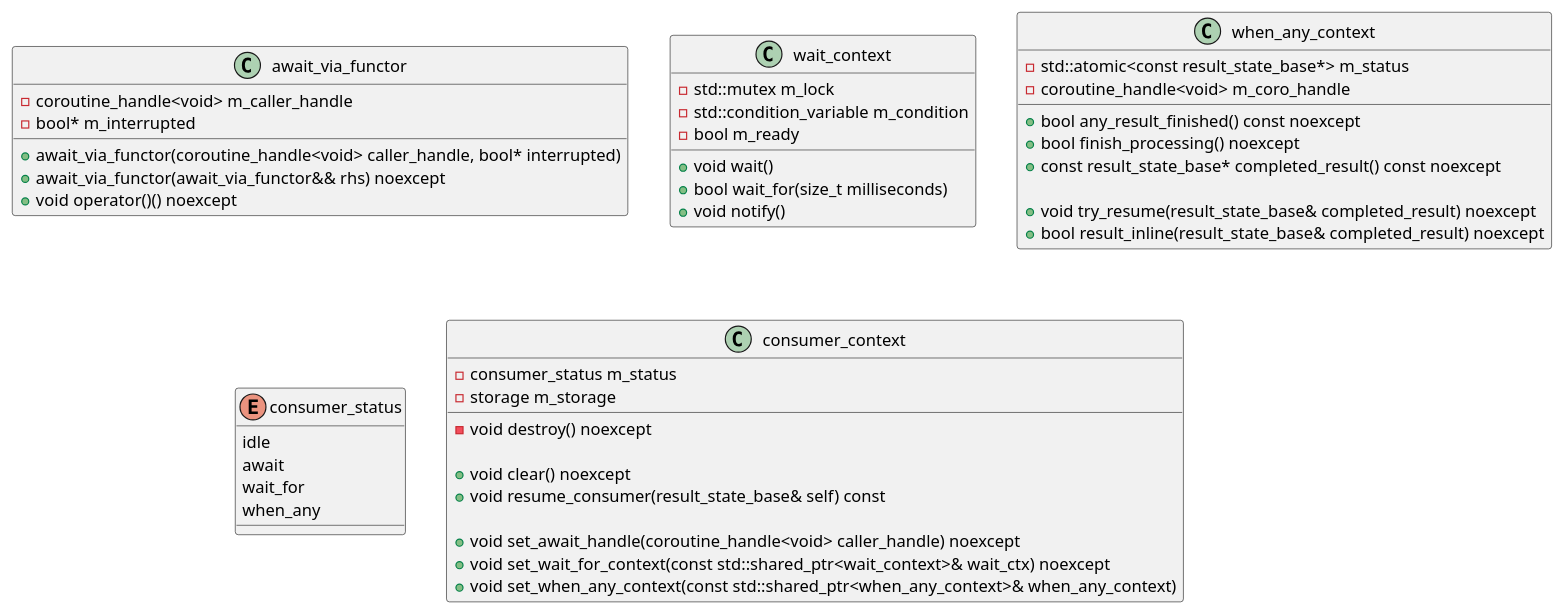
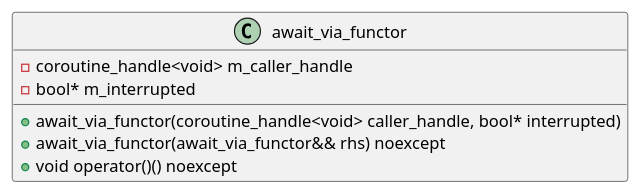
One commit to sgkind/firefly changed the tenth of 16 diagrams in concurrencpp.md. Above: the diagram before and after it, drawn with PlantUML.

Commit message:
update concurrencpp

````diff
--- a/concurrencpp.md
+++ b/concurrencpp.md
@@ -668,54 +668,11 @@
 ```plantuml
 class await_via_functor {
   - coroutine_handle<void> m_caller_handle
   - bool* m_interrupted
 
   + await_via_functor(coroutine_handle<void> caller_handle, bool* interrupted)
   + await_via_functor(await_via_functor&& rhs) noexcept
   + void operator()() noexcept
 }
 
-class wait_context {
-  - std::mutex m_lock
-  - std::condition_variable m_condition
-  - bool m_ready
-
-  + void wait()
-  + bool wait_for(size_t milliseconds)
-  + void notify()
-}
-
-class when_any_context {
-  - std::atomic<const result_state_base*> m_status
-  - coroutine_handle<void> m_coro_handle
-
-  + bool any_result_finished() const noexcept
-  + bool finish_processing() noexcept
-  + const result_state_base* completed_result() const noexcept
-
-  + void try_resume(result_state_base& completed_result) noexcept
-  + bool result_inline(result_state_base& completed_result) noexcept
-}
-
-enum consumer_status {
-  idle
-  await
-  wait_for
-  when_any
-}
-
-class consumer_context {
-  - consumer_status m_status
-  - storage m_storage
-
-  - void destroy() noexcept
-
-  + void clear() noexcept
-  + void resume_consumer(result_state_base& self) const
-  
-  + void set_await_handle(coroutine_handle<void> caller_handle) noexcept
-  + void set_wait_for_context(const std::shared_ptr<wait_context>& wait_ctx) noexcept
-  + void set_when_any_context(const std::shared_ptr<when_any_context>& when_any_context)
-}
-
 ```
````
